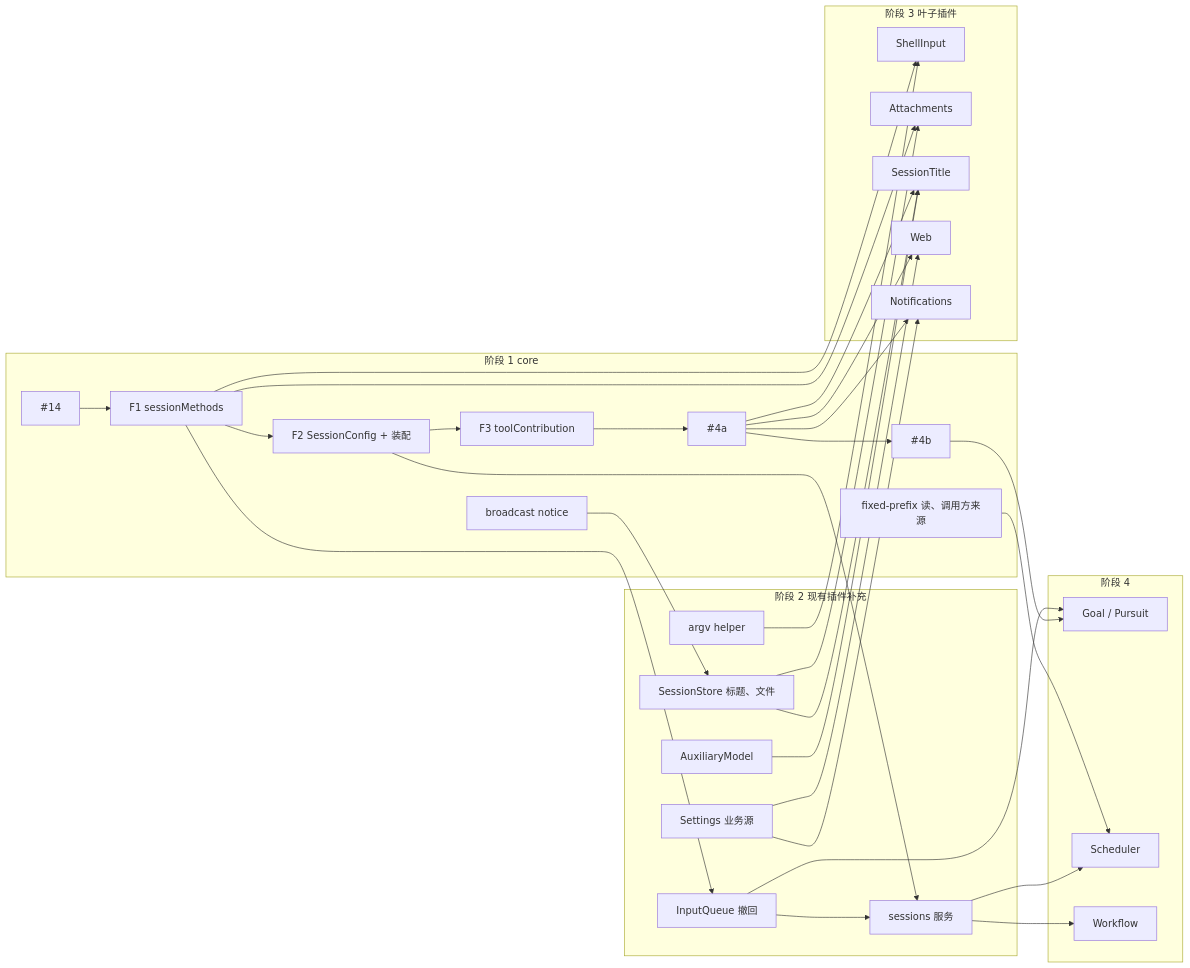
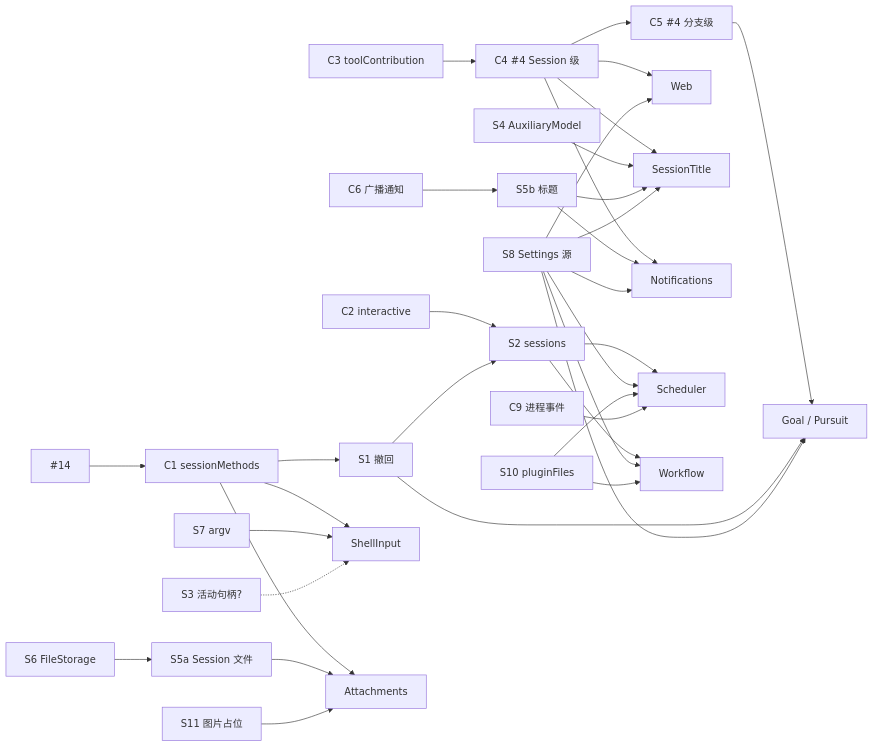
One commit to CoutinhoTTS/dim-agent changed the diagram in docs/design/roadmap.md. Above: the diagram before and after it, drawn with Mermaid. The commit also changed other lines of this file and 12 other files, not shown here.

First line of the commit message:
docs: revise the roadmap into ordered work items; follow up review

````diff
--- a/docs/design/roadmap.md
+++ b/docs/design/roadmap.md
@@ -124,48 +119,36 @@
 ```mermaid
 flowchart LR
-  subgraph S1["阶段 1 core"]
-    PR14["#14"] --> F1["F1 sessionMethods"] --> F2["F2 SessionConfig + 装配"] --> F3["F3 toolContribution"] --> T4A["#4a"] --> T4B["#4b"]
-    NT["broadcast notice"]
-    FP["fixed-prefix 读、调用方来源"]
-  end
-  subgraph S2["阶段 2 现有插件补充"]
-    WD["InputQueue 撤回"]
-    SS["sessions 服务"]
-    AUX["AuxiliaryModel"]
-    STORE["SessionStore 标题、文件"]
-    SET["Settings 业务源"]
-    ARGV["argv helper"]
-  end
-  subgraph S3["阶段 3 叶子插件"]
-    SH["ShellInput"]
-    AT["Attachments"]
-    ST["SessionTitle"]
-    WEB["Web"]
-    NO["Notifications"]
-  end
-  subgraph S4["阶段 4"]
-    GO["Goal / Pursuit"]
-    SC["Scheduler"]
-    WF["Workflow"]
-  end
-  F1 --> WD
-  F2 --> SS
-  WD --> SS
-  NT --> STORE
-  F1 --> SH
-  ARGV --> SH
-  F1 --> AT
-  STORE --> AT
-  T4A --> ST
-  AUX --> ST
-  STORE --> ST
-  T4A --> WEB
-  SET --> WEB
-  T4A --> NO
-  SET --> NO
-  T4B --> GO
-  WD --> GO
-  SS --> SC
-  SS --> WF
-  FP --> SC
+  PR14["#14"] --> C1["C1 sessionMethods"]
+  C3["C3 toolContribution"] --> C4["C4 #4 Session 级"] --> C5["C5 #4 分支级"]
+  C1 --> S1["S1 撤回"]
+  C2["C2 interactive"] --> S2["S2 sessions"]
+  S1 --> S2
+  C6["C6 广播通知"] --> S5b["S5b 标题"]
+  S6["S6 FileStorage"] --> S5a["S5a Session 文件"]
+
+  C1 --> SH["ShellInput"]
+  S7["S7 argv"] --> SH
+  S3["S3 活动句柄?"] -.-> SH
+  C1 --> AT["Attachments"]
+  S5a --> AT
+  S11["S11 图片占位"] --> AT
+  C4 --> WEB["Web"]
+  S8["S8 Settings 源"] --> WEB
+  C4 --> ST["SessionTitle"]
+  S4["S4 AuxiliaryModel"] --> ST
+  S5b --> ST
+  S8 --> ST
+  C4 --> NO["Notifications"]
+  S5b --> NO
+  S8 --> NO
+  C5 --> GO["Goal / Pursuit"]
+  S1 --> GO
+  S8 --> GO
+  S2 --> SC["Scheduler"]
+  S2 --> WF["Workflow"]
+  S8 --> SC
+  S8 --> WF
+  S10["S10 pluginFiles"] --> SC
+  S10 --> WF
+  C9["C9 进程事件"] --> SC
 ```
````
